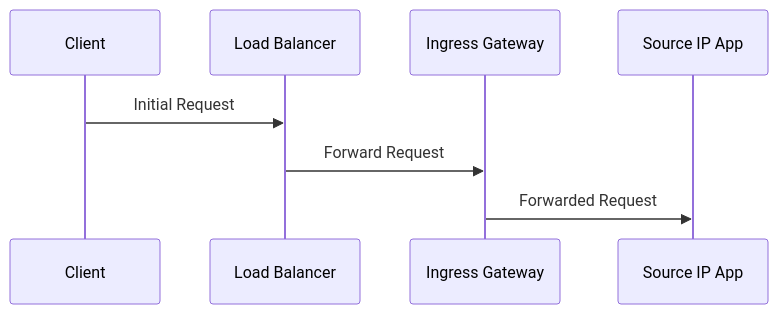
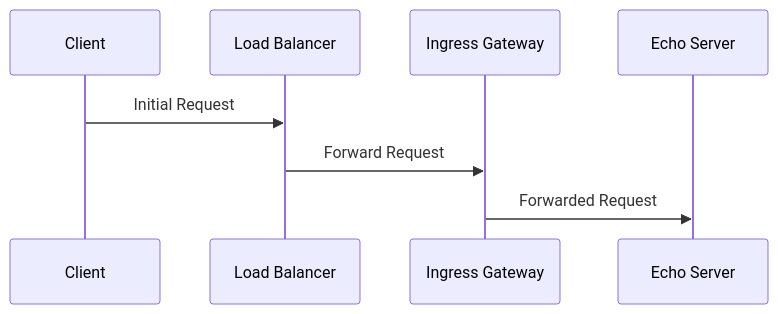
One commit to rootsongjc/kubernetes-handbook changed the second of 10 diagrams in content/en/blog/preserve-source-ip-in-istio/index.md. Above: the diagram before and after it, drawn with Mermaid. The commit also changed other lines of this file and 1 other file, not shown here.

````diff
--- a/content/en/blog/preserve-source-ip-in-istio/index.md
+++ b/content/en/blog/preserve-source-ip-in-istio/index.md
@@ -101,10 +101,10 @@
 ```mermaid
 sequenceDiagram
     participant C as Client
     participant LB as Load Balancer
     participant IG as Ingress Gateway
-    participant S as Source IP App
+    participant S as Echo Server
     C->>LB: Initial Request
     LB->>IG: Forward Request 
     IG->>S: Forwarded Request
 ```
````
